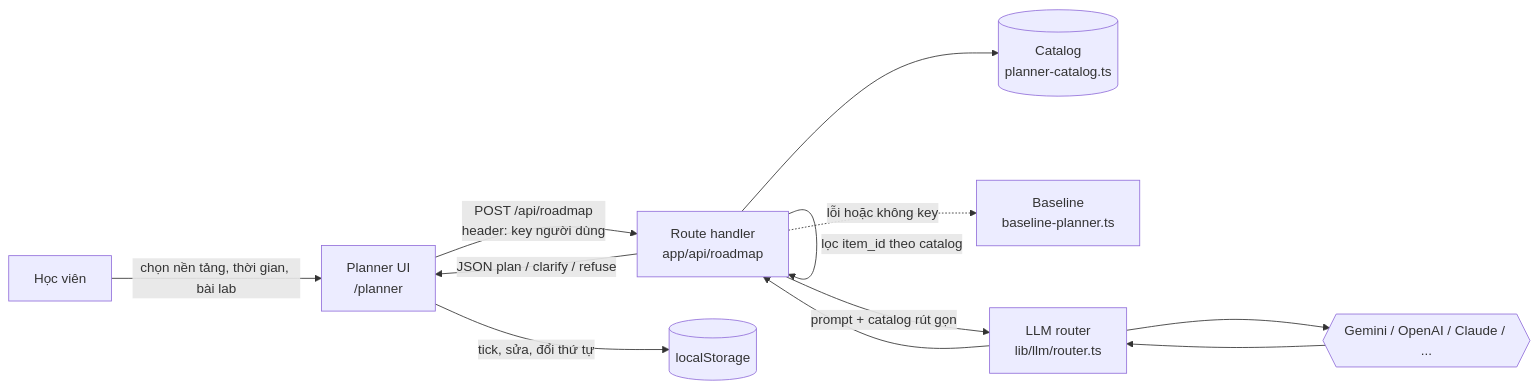
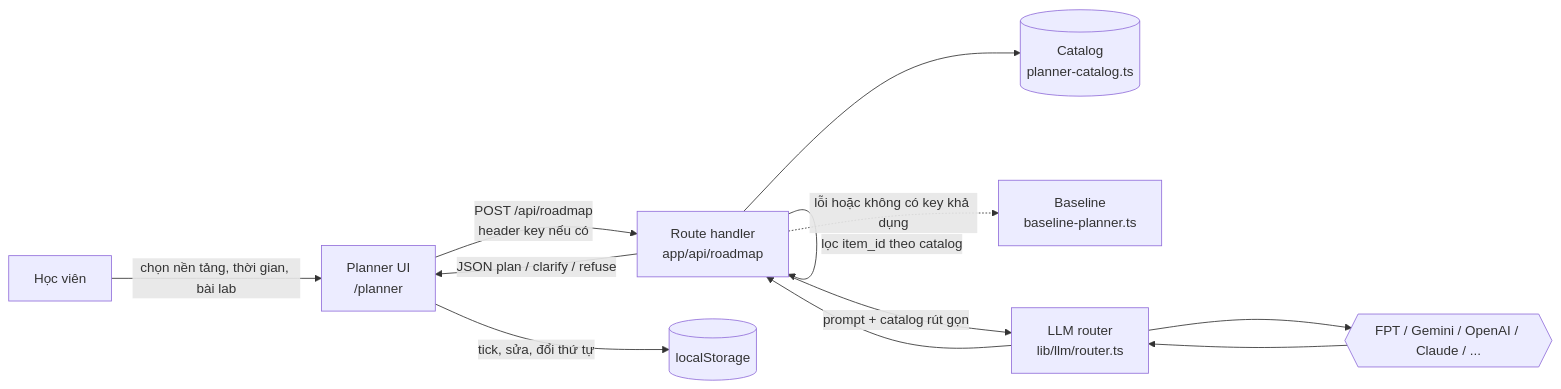
One commit to Dokhacgiakhoa/K4-3A-e403-Vinonymus changed the diagram in docs/02-kien-truc.md. Above: the diagram before and after it, drawn with Mermaid. The commit also changed other lines of this file and 3 other files, not shown here.

````diff
--- a/docs/02-kien-truc.md
+++ b/docs/02-kien-truc.md
@@ -7,14 +7,14 @@
 ```mermaid
 flowchart LR
     U[Học viên] -->|chọn nền tảng, thời gian, bài lab| W[Planner UI<br/>/planner]
-    W -->|POST /api/roadmap<br/>header: key người dùng| R[Route handler<br/>app/api/roadmap]
+    W -->|POST /api/roadmap<br/>header key nếu có| R[Route handler<br/>app/api/roadmap]
     R -->|validate zod| R
     R --> C[(Catalog<br/>planner-catalog.ts)]
     R -->|prompt + catalog rút gọn| L[LLM router<br/>lib/llm/router.ts]
-    L --> P{{Gemini / OpenAI / Claude / ...}}
+    L --> P{{FPT / Gemini / OpenAI / Claude / ...}}
     P --> L --> R
     R -->|lọc item_id theo catalog| R
     R -->|JSON plan / clarify / refuse| W
-    R -.lỗi hoặc không key.-> B[Baseline<br/>baseline-planner.ts]
+    R -.lỗi hoặc không có key khả dụng.-> B[Baseline<br/>baseline-planner.ts]
     W -->|tick, sửa, đổi thứ tự| S[(localStorage)]
 ```
````
